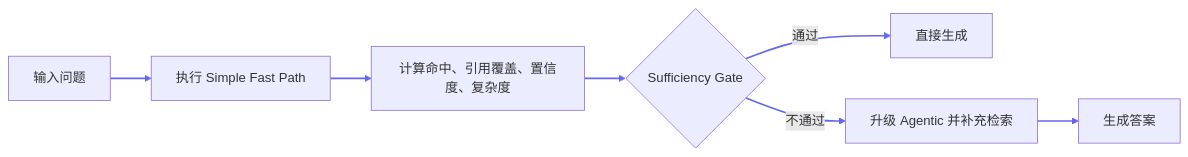
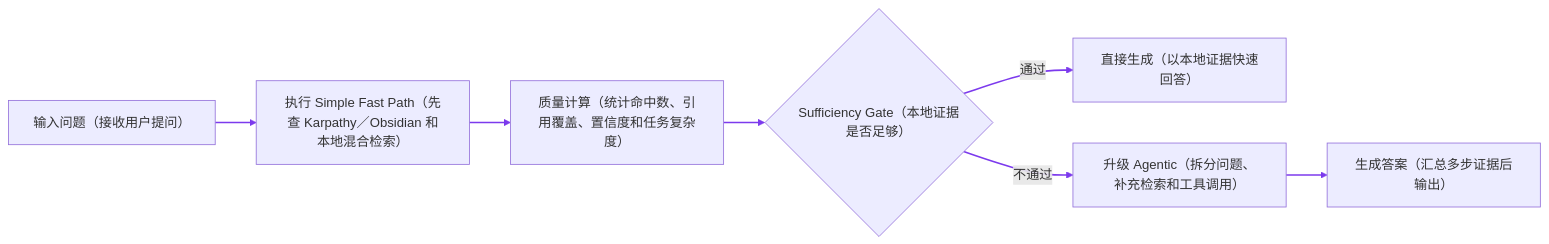
Before and after one commit to monstereatai/RAG: the ninth of 37 diagrams in docs/interview/功能步骤流程.md, drawn with Mermaid. The commit also changed other lines of this file and 21 other files, not shown here.

````diff
--- a/docs/interview/功能步骤流程.md
+++ b/docs/interview/功能步骤流程.md
@@ -918,10 +1161,10 @@
 ```mermaid
 flowchart LR
-A[输入问题] --> B[执行 Simple Fast Path]
-  B --> C[计算命中、引用覆盖、置信度、复杂度]
-  C --> D{Sufficiency Gate}
-  D -->|通过| E[直接生成]
-  D -->|不通过| F[升级 Agentic 并补充检索]
-  F --> G[生成答案]
-  linkStyle 0,1,2,3,4,5 stroke:#6366f1,stroke-width:2px
+ A[输入问题（接收用户提问）] --> B[执行 Simple Fast Path（先查 Karpathy／Obsidian 和本地混合检索）]
+  B --> C[质量计算（统计命中数、引用覆盖、置信度和任务复杂度）]
+  C --> D{Sufficiency Gate（本地证据是否足够）}
+  D -->|通过| E[直接生成（以本地证据快速回答）]
+  D -->|不通过| F[升级 Agentic（拆分问题、补充检索和工具调用）]
+  F --> G[生成答案（汇总多步证据后输出）]
+  linkStyle 0,1,2,3,4,5 stroke:#7c3aed,stroke-width:2px
 ```
````
